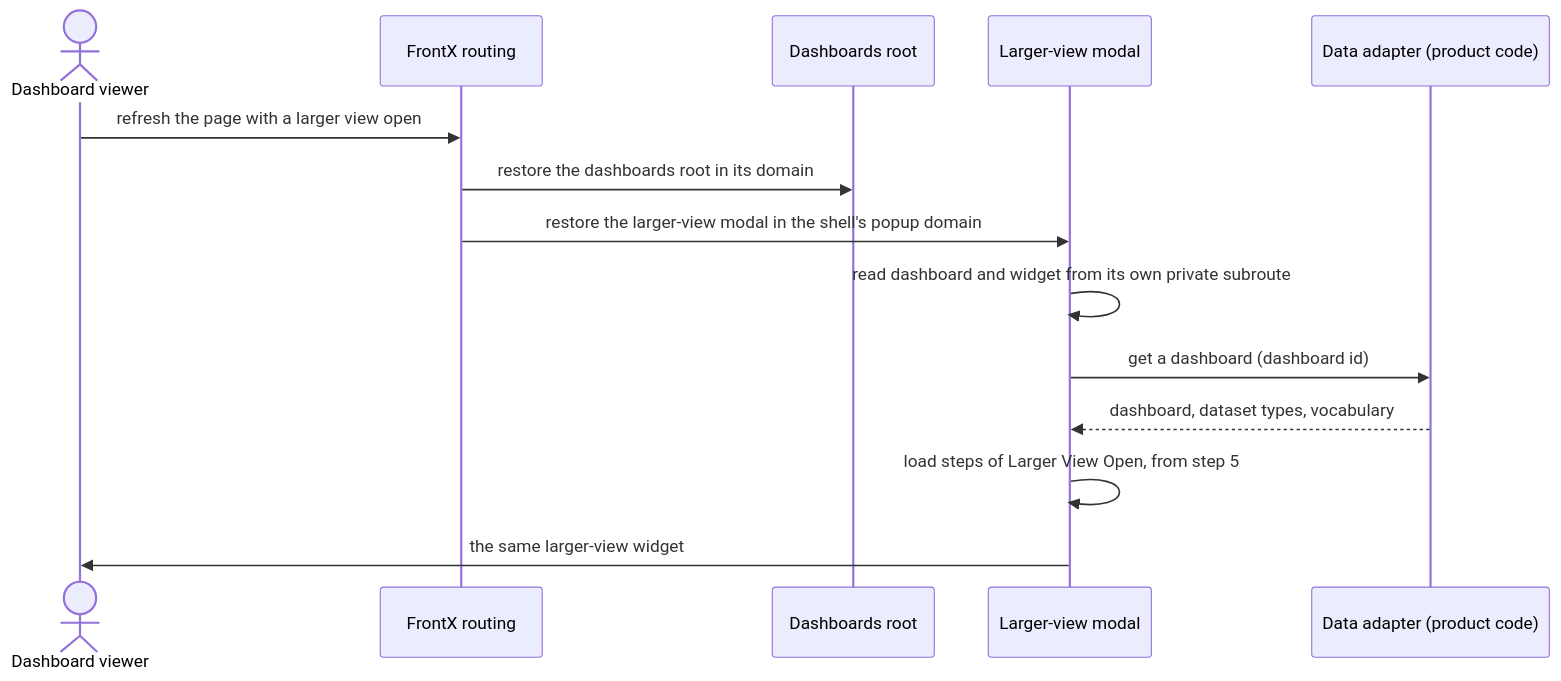
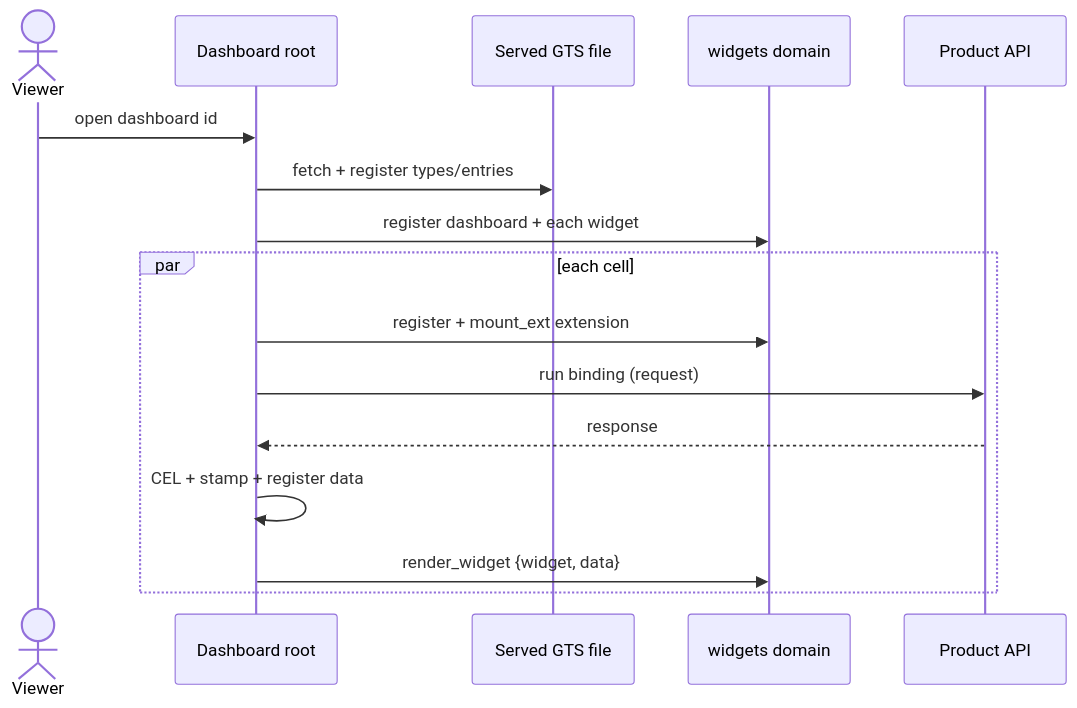
The third of 3 diagrams in template-dashboard/architecture/DESIGN.md (AndrejK666/gears-frontx-templates), drawn with Mermaid before and after one commit. The commit also changed other lines of this file and 27 other files, not shown here.

````diff
--- a/template-dashboard/architecture/DESIGN.md
+++ b/template-dashboard/architecture/DESIGN.md
@@ -1958,17 +383,18 @@
 ```mermaid
 sequenceDiagram
-    actor U as Dashboard viewer
-    participant R as FrontX routing
-    participant DR as Dashboards root
-    participant M as Larger-view modal
-    participant DA as Data adapter (product code)
-
-    U->>R: refresh the page with a larger view open
-    R->>DR: restore the dashboards root in its domain
-    R->>M: restore the larger-view modal in the shell's popup domain
-    M->>M: read dashboard and widget from its own private subroute
-    M->>DA: get a dashboard (dashboard id)
-    DA-->>M: dashboard, dataset types, vocabulary
-    M->>M: load steps of Larger View Open, from step 5
-    M->>U: the same larger-view widget
+    actor V as Viewer
+    participant R as Dashboard root
+    participant F as Served GTS file
+    participant W as widgets domain
+    participant API as Product API
+    V->>R: open dashboard id
+    R->>F: fetch + register types/entries
+    R->>W: register dashboard + each widget
+    par each cell
+        R->>W: register + mount_ext extension
+        R->>API: run binding (request)
+        API-->>R: response
+        R->>R: CEL + stamp + register data
+        R->>W: render_widget {widget, data}
+    end
 ```
````
